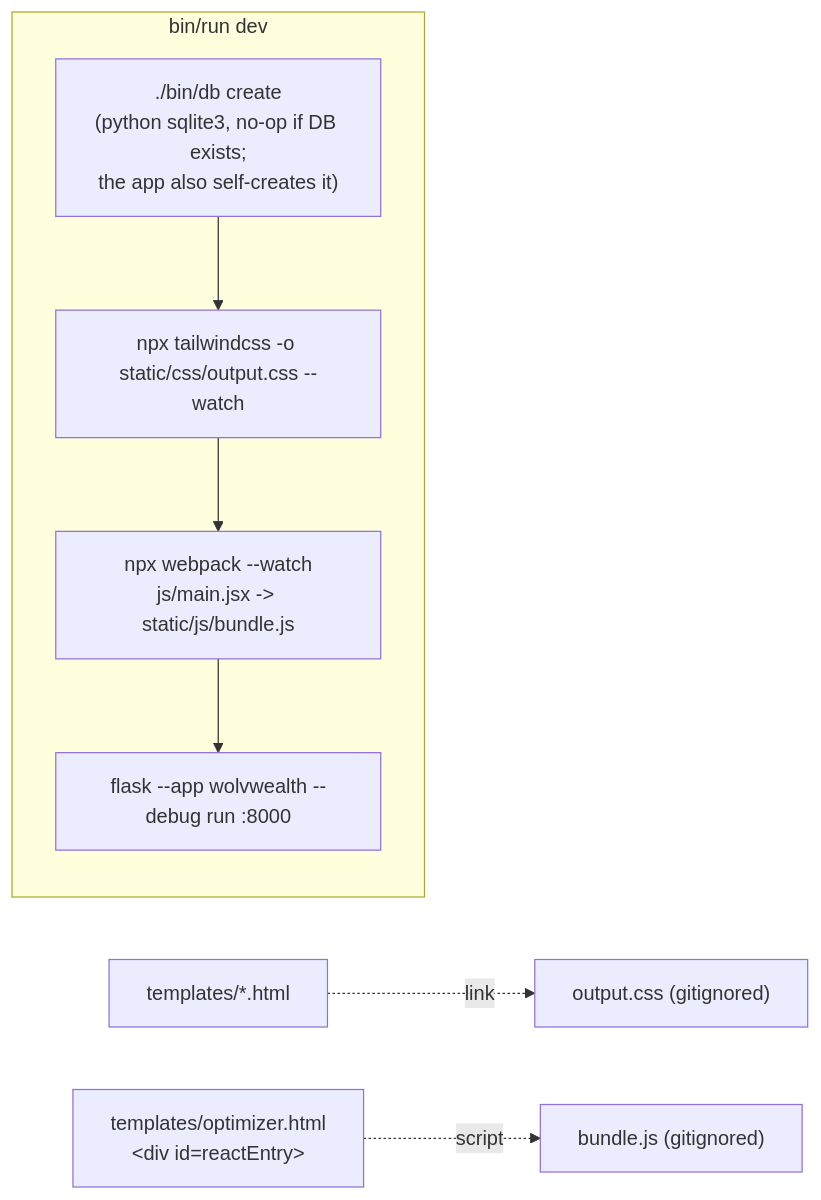
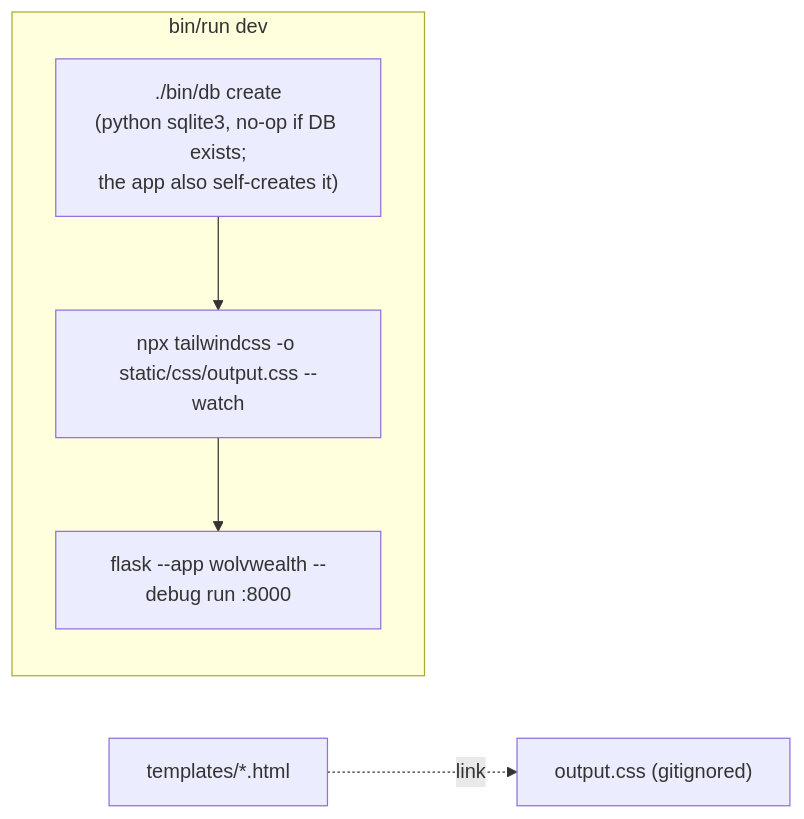
One commit to rramboer/WolvWealth changed the ninth of 10 diagrams in ARCHITECTURE.md. Above: the diagram before and after it, drawn with Mermaid. The commit also changed other lines of this file and 24 other files, not shown here.

First line of the commit message:
Clean up repo: delete React stack, share a base template, reuse optimizer in backtest

````diff
--- a/ARCHITECTURE.md
+++ b/ARCHITECTURE.md
@@ -361,12 +359,10 @@
 ```mermaid
 flowchart LR
     subgraph RunDev["bin/run dev"]
         DB1["./bin/db create<br/>(python sqlite3, no-op if DB exists;<br/>the app also self-creates it)"]
         TW["npx tailwindcss -o static/css/output.css --watch"]
-        WP["npx webpack --watch<br/>js/main.jsx -> static/js/bundle.js"]
         FL["flask --app wolvwealth --debug run :8000"]
     end
-    DB1 --> TW --> WP --> FL
+    DB1 --> TW --> FL
     TPL["templates/*.html"] -. "link" .-> OUT["output.css (gitignored)"]
-    OPT["templates/optimizer.html<br/>&lt;div id=reactEntry&gt;"] -. "script" .-> BUN["bundle.js (gitignored)"]
 ```
````
